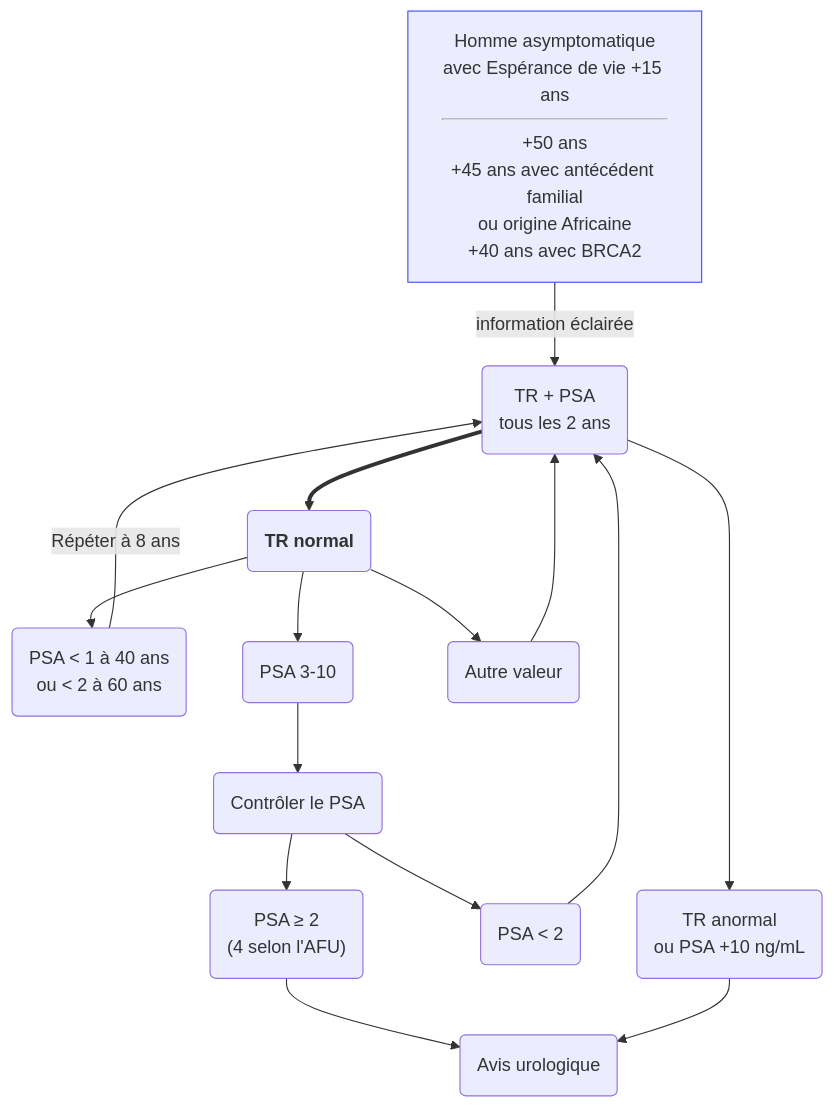
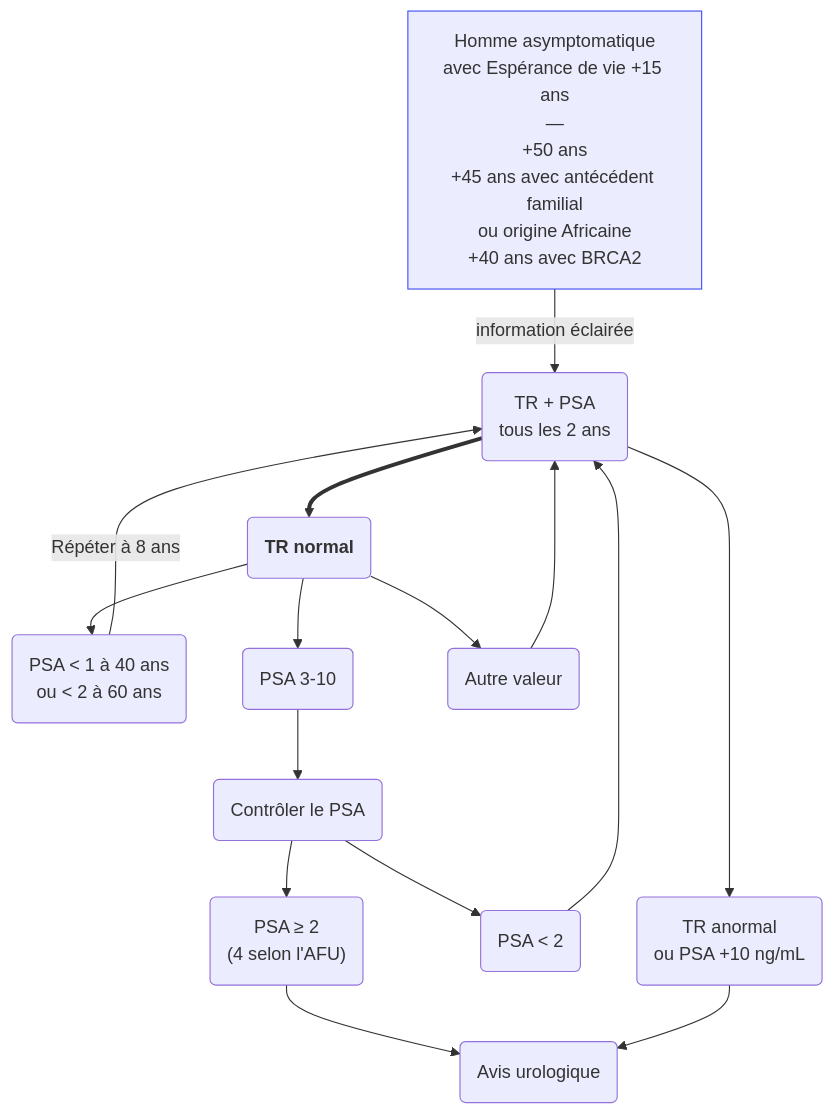
Before and after one commit to djibe/recommandations-medicales: the diagram in content/recommandations/cancer-prostate.md, drawn with Mermaid. The commit also changed 51 other files, not shown here.

```diff
--- a/content/recommandations/cancer-prostate.md
+++ b/content/recommandations/cancer-prostate.md
@@ -246,13 +246,13 @@
 {{< mermaid title="Dépistage du cancer de la prostate et conduite à tenir devant une augmentation du PSA. Dr JB Fron d'après EAU 2022" >}}
 graph TB
 accTitle: Dépistage du cancer de la prostate et conduite à tenir devant une augmentation du PSA d'après EAU 2022
-  homme[Homme asymptomatique<br>avec Espérance de vie +15 ans<hr>+50 ans<br>+45 ans avec antécédent familial<br>ou origine Africaine<br>+40 ans avec BRCA2] -- information éclairée --> depistage(TR + PSA<br>tous les 2 ans)
+  homme[Homme asymptomatique<br>avec Espérance de vie +15 ans<br>—<br>+50 ans<br>+45 ans avec antécédent familial<br>ou origine Africaine<br>+40 ans avec BRCA2] -- information éclairée --> depistage(TR + PSA<br>tous les 2 ans)
   style homme stroke:#4150f5, stroke-width:1px
     depistage ==> normal("<b>TR normal</b>")
       normal --> bas(PSA &lt; 1 à 40 ans<br>ou &lt; 2 à 60 ans) -- Répéter à 8 ans --> depistage
       normal --> intermediaire(PSA 3-10) --> controle(Contrôler le PSA)
         controle --> sup("PSA ≥ 2<br>(4 selon l'AFU)") --> urologue
         controle --> inf("PSA &lt; 2") --> depistage
       normal --> autre(Autre valeur) --> depistage
     depistage --> anormal(TR anormal<br>ou PSA +10 ng/mL) --> urologue(Avis urologique)
 {{< /mermaid >}}
```
